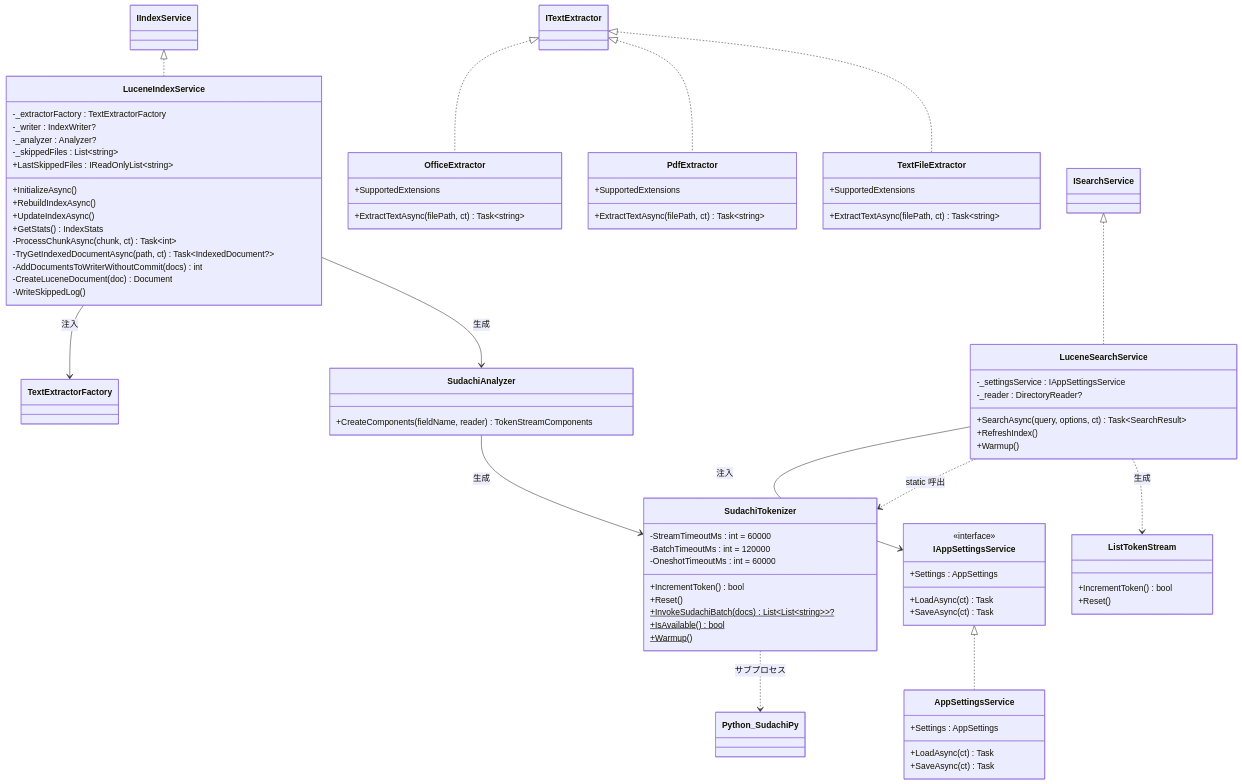
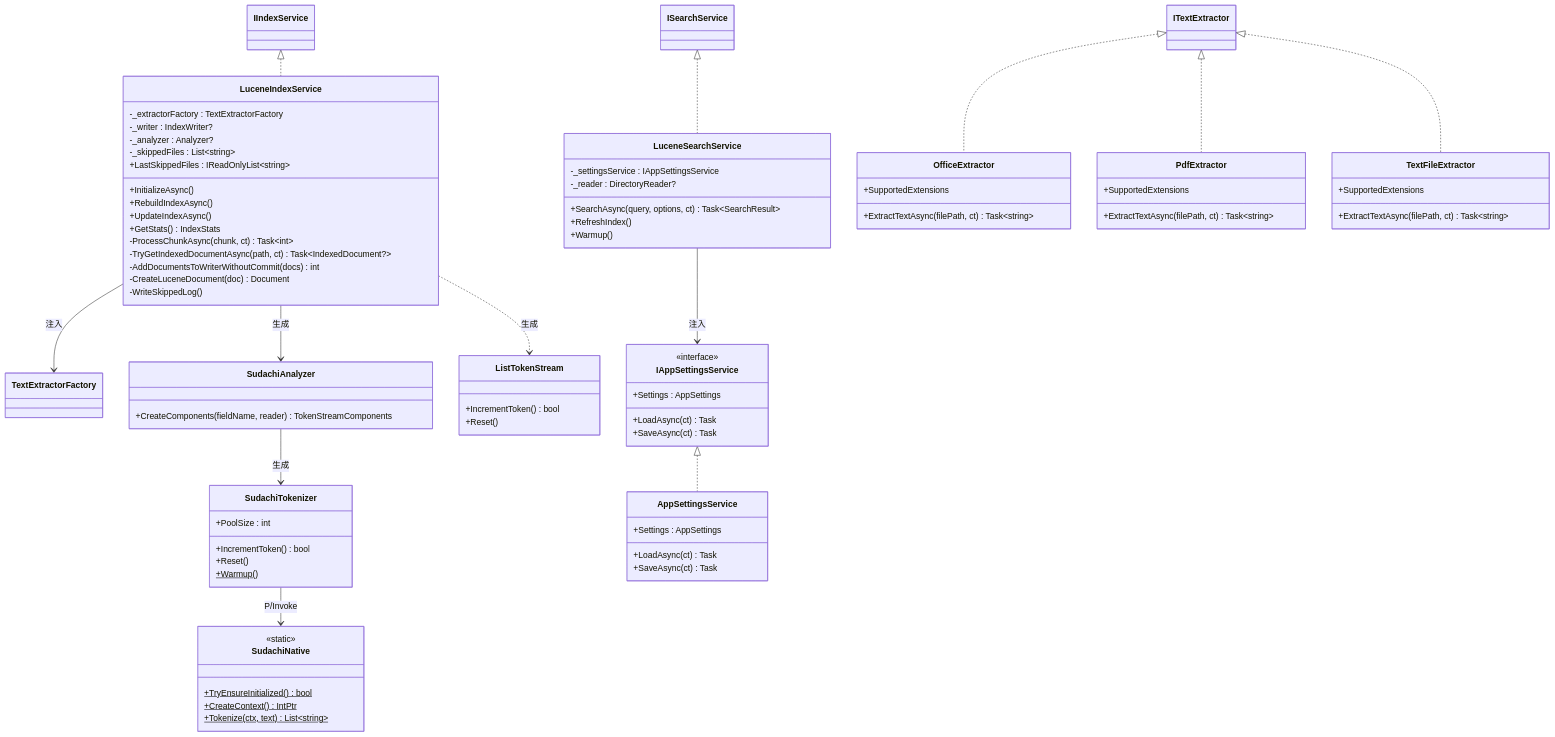
One commit to zndmonya-dot/FileSearchApp- changed the fourth of 15 diagrams in docs/UML図.md. Above: the diagram before and after it, drawn with Mermaid. The commit also changed other lines of this file and 82 other files, not shown here.

````diff
--- a/docs/UML図.md
+++ b/docs/UML図.md
@@ -276,14 +270,17 @@
     }
 
     class SudachiTokenizer {
-        -StreamTimeoutMs : int = 60000
-        -BatchTimeoutMs : int = 120000
-        -OneshotTimeoutMs : int = 60000
+        +PoolSize : int
         +IncrementToken() bool
         +Reset()
-        +InvokeSudachiBatch(docs)$ List~List~string~~?
-        +IsAvailable()$ bool
         +Warmup()$
+    }
+
+    class SudachiNative {
+        <<static>>
+        +TryEnsureInitialized()$ bool
+        +CreateContext()$ IntPtr
+        +Tokenize(ctx, text)$ List~string~
     }
 
     class ListTokenStream {
@@ -328,9 +325,8 @@
 
     LuceneIndexService --> TextExtractorFactory : 注入
     LuceneIndexService --> SudachiAnalyzer : 生成
+    LuceneIndexService ..> ListTokenStream : 生成
     LuceneSearchService --> IAppSettingsService : 注入
-    LuceneSearchService ..> SudachiTokenizer : static 呼出
-    LuceneSearchService ..> ListTokenStream : 生成
     SudachiAnalyzer --> SudachiTokenizer : 生成
-    SudachiTokenizer ..> Python_SudachiPy : サブプロセス
+    SudachiTokenizer --> SudachiNative : P/Invoke
 ```
````
